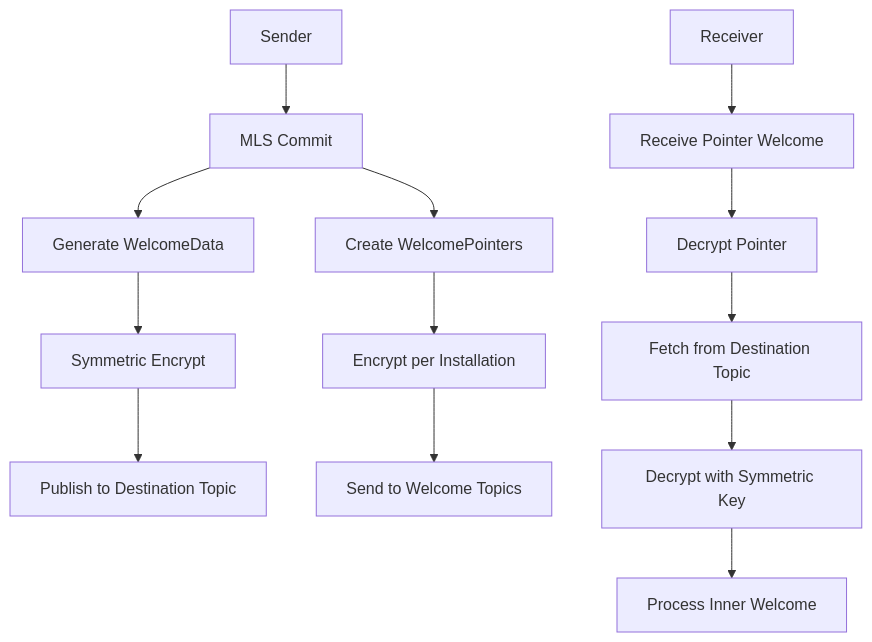
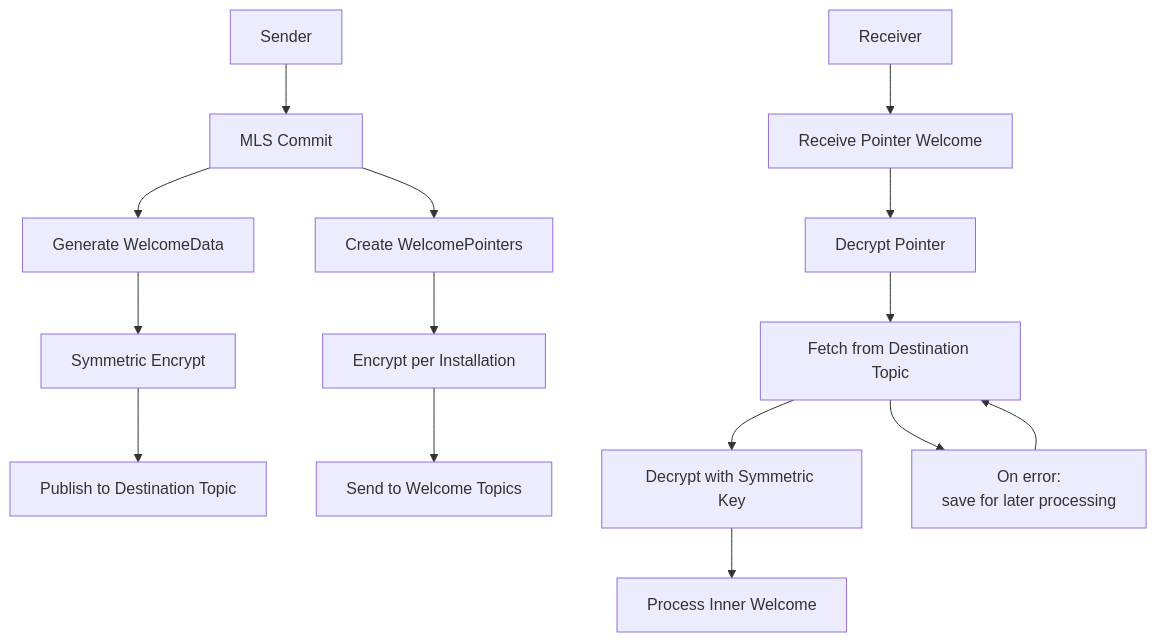
One commit to xmtp/XIPs changed the second of 2 diagrams in XIPs/xip-74-welcome-pointers.md. Above: the diagram before and after it, drawn with Mermaid. The commit also changed other lines of this file, not shown here.

````diff
--- a/XIPs/xip-74-welcome-pointers.md
+++ b/XIPs/xip-74-welcome-pointers.md
@@ -126,15 +126,17 @@
 ```mermaid
 graph TD
     Sender --> Commit[MLS Commit]
     Commit --> SharedData[Generate WelcomeData]
     SharedData --> Encrypt[Symmetric Encrypt]
     Encrypt --> Publish[Publish to Destination Topic]
     Commit --> Pointers[Create WelcomePointers]
     Pointers --> EncryptPer[Encrypt per Installation]
     EncryptPer --> Send[Send to Welcome Topics]
     Receiver --> Receive[Receive Pointer Welcome]
     Receive --> DecryptPointer[Decrypt Pointer]
     DecryptPointer --> Fetch[Fetch from Destination Topic]
     Fetch --> DecryptData[Decrypt with Symmetric Key]
+    Fetch --> OnError[On error: <br> save for later processing]
+    OnError --> Fetch
     DecryptData --> Process[Process Inner Welcome]
 ```
````
